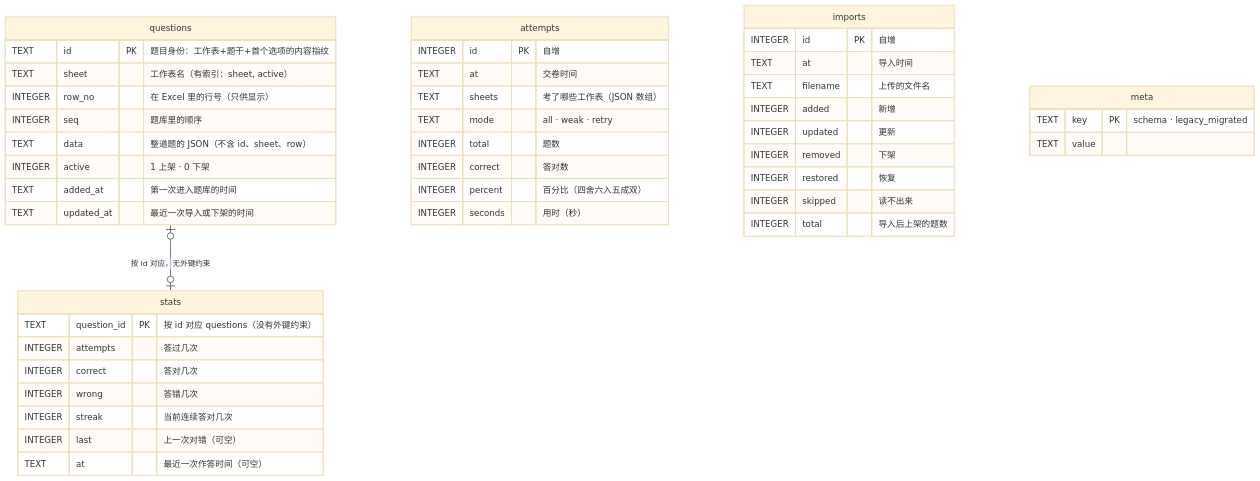
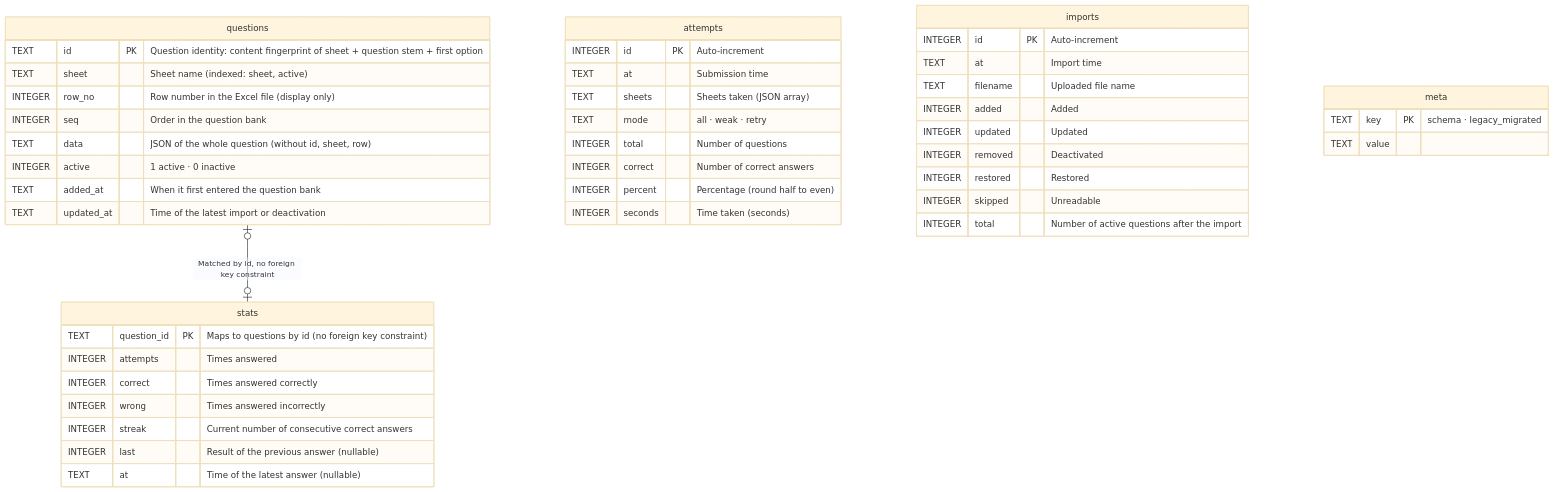
One commit to Yumin-Space/xexam changed the diagram in docs/database.md. Above: the diagram before and after it, drawn with Mermaid (base theme). The commit also changed other lines of this file and 127 other files, not shown here.

````diff
--- a/docs/database.md
+++ b/docs/database.md
@@ -29,48 +31,48 @@
 ```mermaid
 erDiagram
     questions {
-        TEXT id PK "题目身份：工作表+题干+首个选项的内容指纹"
-        TEXT sheet "工作表名（有索引：sheet, active）"
-        INTEGER row_no "在 Excel 里的行号（只供显示）"
-        INTEGER seq "题库里的顺序"
-        TEXT data "整道题的 JSON（不含 id、sheet、row）"
-        INTEGER active "1 上架 · 0 下架"
-        TEXT added_at "第一次进入题库的时间"
-        TEXT updated_at "最近一次导入或下架的时间"
+        TEXT id PK "Question identity: content fingerprint of sheet + question stem + first option"
+        TEXT sheet "Sheet name (indexed: sheet, active)"
+        INTEGER row_no "Row number in the Excel file (display only)"
+        INTEGER seq "Order in the question bank"
+        TEXT data "JSON of the whole question (without id, sheet, row)"
+        INTEGER active "1 active · 0 inactive"
+        TEXT added_at "When it first entered the question bank"
+        TEXT updated_at "Time of the latest import or deactivation"
     }
     stats {
-        TEXT question_id PK "按 id 对应 questions（没有外键约束）"
-        INTEGER attempts "答过几次"
-        INTEGER correct "答对几次"
-        INTEGER wrong "答错几次"
-        INTEGER streak "当前连续答对几次"
-        INTEGER last "上一次对错（可空）"
-        TEXT at "最近一次作答时间（可空）"
+        TEXT question_id PK "Maps to questions by id (no foreign key constraint)"
+        INTEGER attempts "Times answered"
+        INTEGER correct "Times answered correctly"
+        INTEGER wrong "Times answered incorrectly"
+        INTEGER streak "Current number of consecutive correct answers"
+        INTEGER last "Result of the previous answer (nullable)"
+        TEXT at "Time of the latest answer (nullable)"
     }
     attempts {
-        INTEGER id PK "自增"
-        TEXT at "交卷时间"
-        TEXT sheets "考了哪些工作表（JSON 数组）"
+        INTEGER id PK "Auto-increment"
+        TEXT at "Submission time"
+        TEXT sheets "Sheets taken (JSON array)"
         TEXT mode "all · weak · retry"
-        INTEGER total "题数"
-        INTEGER correct "答对数"
-        INTEGER percent "百分比（四舍六入五成双）"
-        INTEGER seconds "用时（秒）"
+        INTEGER total "Number of questions"
+        INTEGER correct "Number of correct answers"
+        INTEGER percent "Percentage (round half to even)"
+        INTEGER seconds "Time taken (seconds)"
     }
     imports {
-        INTEGER id PK "自增"
-        TEXT at "导入时间"
-        TEXT filename "上传的文件名"
-        INTEGER added "新增"
-        INTEGER updated "更新"
-        INTEGER removed "下架"
-        INTEGER restored "恢复"
-        INTEGER skipped "读不出来"
-        INTEGER total "导入后上架的题数"
+        INTEGER id PK "Auto-increment"
+        TEXT at "Import time"
+        TEXT filename "Uploaded file name"
+        INTEGER added "Added"
+        INTEGER updated "Updated"
+        INTEGER removed "Deactivated"
+        INTEGER restored "Restored"
+        INTEGER skipped "Unreadable"
+        INTEGER total "Number of active questions after the import"
     }
     meta {
         TEXT key PK "schema · legacy_migrated"
         TEXT value
     }
-    questions |o--o| stats : "按 id 对应，无外键约束"
+    questions |o--o| stats : "Matched by id, no foreign key constraint"
 ```
````
